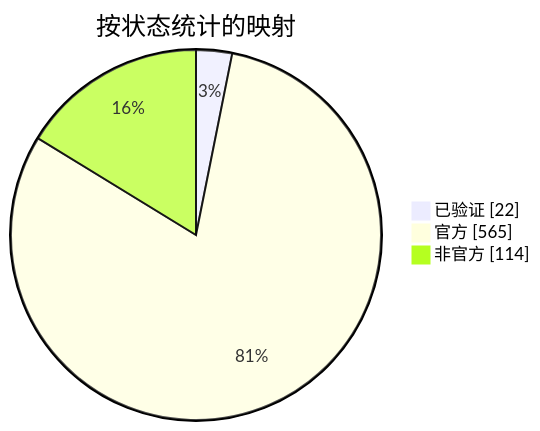
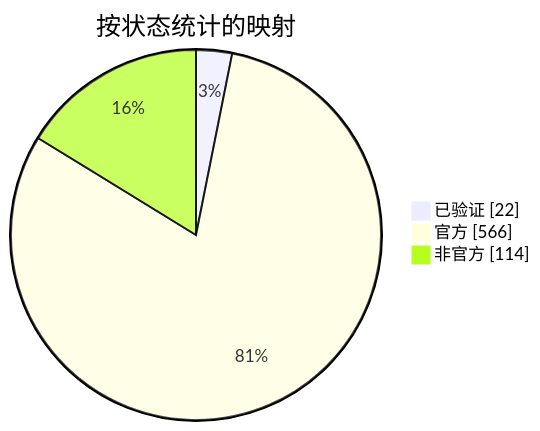
The diagram in docs/readme/README_ZHS.md (nobrega8/mbmap-library), drawn with Mermaid before and after one commit. The commit also changed 6 other files, not shown here.

````diff
--- a/docs/readme/README_ZHS.md
+++ b/docs/readme/README_ZHS.md
@@ -54,7 +54,7 @@
 ```mermaid
 pie showData
     title 按状态统计的映射
     "已验证" : 22
-    "官方" : 565
+    "官方" : 566
     "非官方" : 114
 ```
````
